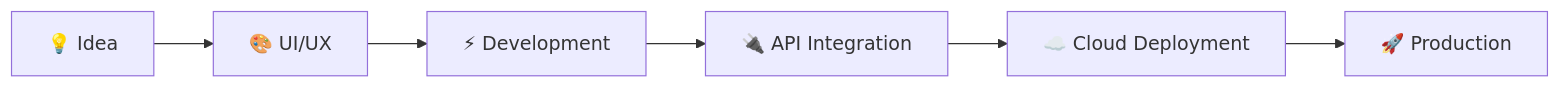
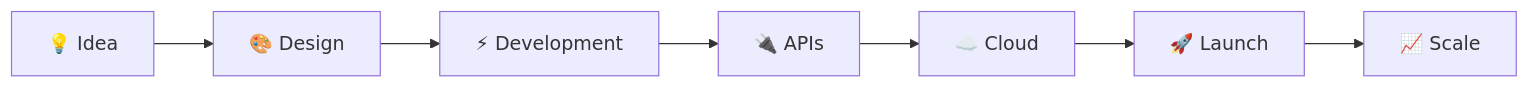
Before and after one commit to phoenixsparrow/phoenixsparrow: the second of 2 diagrams in README.md, drawn with Mermaid. The commit also changed other lines of this file, not shown here.

````diff
--- a/README.md
+++ b/README.md
@@ -135,9 +230,10 @@
 ```mermaid
 flowchart LR
 
-A[💡 Idea] --> B[🎨 UI/UX]
+A[💡 Idea] --> B[🎨 Design]
 B --> C[⚡ Development]
-C --> D[🔌 API Integration]
-D --> E[☁️ Cloud Deployment]
-E --> F[🚀 Production]
+C --> D[🔌 APIs]
+D --> E[☁️ Cloud]
+E --> F[🚀 Launch]
+F --> G[📈 Scale]
 ```
````
